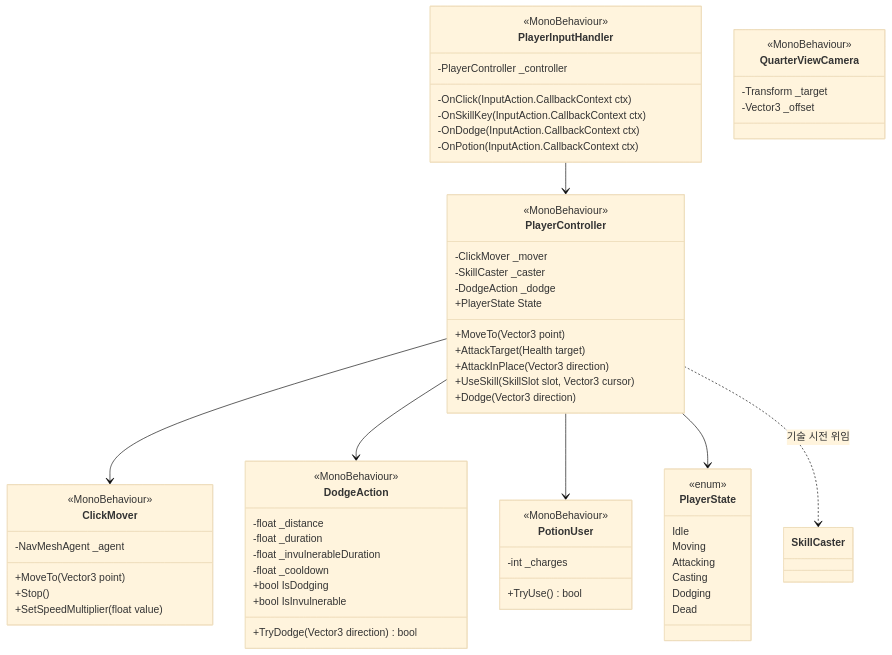
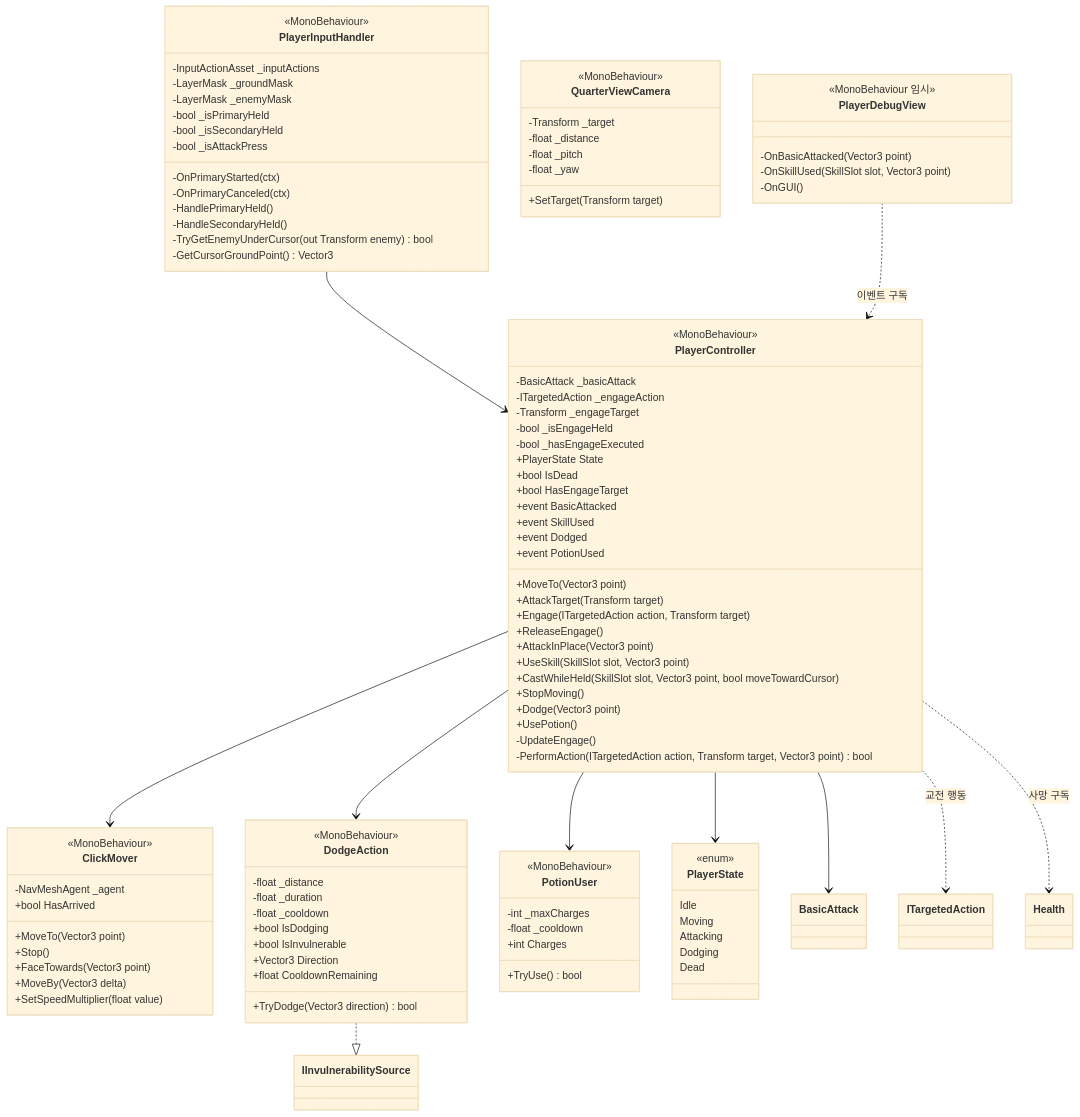
Before and after one commit to lwy0810/BROKEN-SOVEREIGN: the third of 17 diagrams in Docs/ClassDiagram.md, drawn with Mermaid (base theme). The commit also changed other lines of this file and 1 other file, not shown here.

First line of the commit message:
[Docs] 클래스 다이어그램 v0.3 및 조작 설명 갱신

````diff
--- a/Docs/ClassDiagram.md
+++ b/Docs/ClassDiagram.md
@@ -134,57 +139,93 @@
 classDiagram
     class PlayerInputHandler {
         <<MonoBehaviour>>
-        -PlayerController _controller
-        -OnClick(InputAction.CallbackContext ctx)
-        -OnSkillKey(InputAction.CallbackContext ctx)
-        -OnDodge(InputAction.CallbackContext ctx)
-        -OnPotion(InputAction.CallbackContext ctx)
+        -InputActionAsset _inputActions
+        -LayerMask _groundMask
+        -LayerMask _enemyMask
+        -bool _isPrimaryHeld
+        -bool _isSecondaryHeld
+        -bool _isAttackPress
+        -OnPrimaryStarted(ctx)
+        -OnPrimaryCanceled(ctx)
+        -HandlePrimaryHeld()
+        -HandleSecondaryHeld()
+        -TryGetEnemyUnderCursor(out Transform enemy) bool
+        -GetCursorGroundPoint() Vector3
     }
     class PlayerController {
         <<MonoBehaviour>>
-        -ClickMover _mover
-        -SkillCaster _caster
-        -DodgeAction _dodge
+        -BasicAttack _basicAttack
+        -ITargetedAction _engageAction
+        -Transform _engageTarget
+        -bool _isEngageHeld
+        -bool _hasEngageExecuted
         +PlayerState State
+        +bool IsDead
+        +bool HasEngageTarget
         +MoveTo(Vector3 point)
-        +AttackTarget(Health target)
-        +AttackInPlace(Vector3 direction)
-        +UseSkill(SkillSlot slot, Vector3 cursor)
-        +Dodge(Vector3 direction)
+        +AttackTarget(Transform target)
+        +Engage(ITargetedAction action, Transform target)
+        +ReleaseEngage()
+        +AttackInPlace(Vector3 point)
+        +UseSkill(SkillSlot slot, Vector3 point)
+        +CastWhileHeld(SkillSlot slot, Vector3 point, bool moveTowardCursor)
+        +StopMoving()
+        +Dodge(Vector3 point)
+        +UsePotion()
+        -UpdateEngage()
+        -PerformAction(ITargetedAction action, Transform target, Vector3 point) bool
+        +event BasicAttacked
+        +event SkillUsed
+        +event Dodged
+        +event PotionUsed
     }
     class ClickMover {
         <<MonoBehaviour>>
         -NavMeshAgent _agent
+        +bool HasArrived
         +MoveTo(Vector3 point)
         +Stop()
+        +FaceTowards(Vector3 point)
+        +MoveBy(Vector3 delta)
         +SetSpeedMultiplier(float value)
     }
     class DodgeAction {
         <<MonoBehaviour>>
         -float _distance
         -float _duration
-        -float _invulnerableDuration
         -float _cooldown
         +bool IsDodging
         +bool IsInvulnerable
+        +Vector3 Direction
+        +float CooldownRemaining
         +TryDodge(Vector3 direction) bool
     }
     class PotionUser {
         <<MonoBehaviour>>
-        -int _charges
+        -int _maxCharges
+        -float _cooldown
+        +int Charges
         +TryUse() bool
     }
     class QuarterViewCamera {
         <<MonoBehaviour>>
         -Transform _target
-        -Vector3 _offset
+        -float _distance
+        -float _pitch
+        -float _yaw
+        +SetTarget(Transform target)
+    }
+    class PlayerDebugView {
+        <<MonoBehaviour 임시>>
+        -OnBasicAttacked(Vector3 point)
+        -OnSkillUsed(SkillSlot slot, Vector3 point)
+        -OnGUI()
     }
     class PlayerState {
         <<enum>>
         Idle
         Moving
         Attacking
-        Casting
         Dodging
         Dead
     }
@@ -193,5 +234,9 @@
     PlayerController --> DodgeAction
     PlayerController --> PotionUser
     PlayerController --> PlayerState
-    PlayerController ..> SkillCaster : 기술 시전 위임
+    PlayerController --> BasicAttack
+    PlayerController ..> ITargetedAction : 교전 행동
+    PlayerController ..> Health : 사망 구독
+    DodgeAction ..|> IInvulnerabilitySource
+    PlayerDebugView ..> PlayerController : 이벤트 구독
 ```
````
